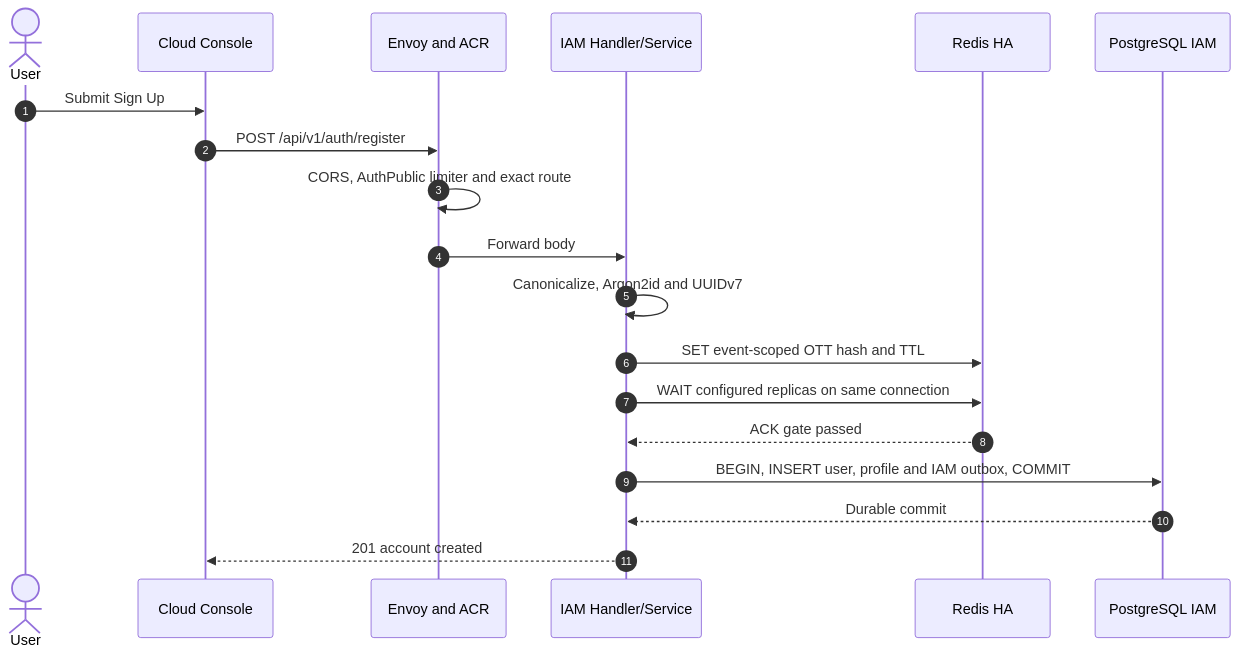
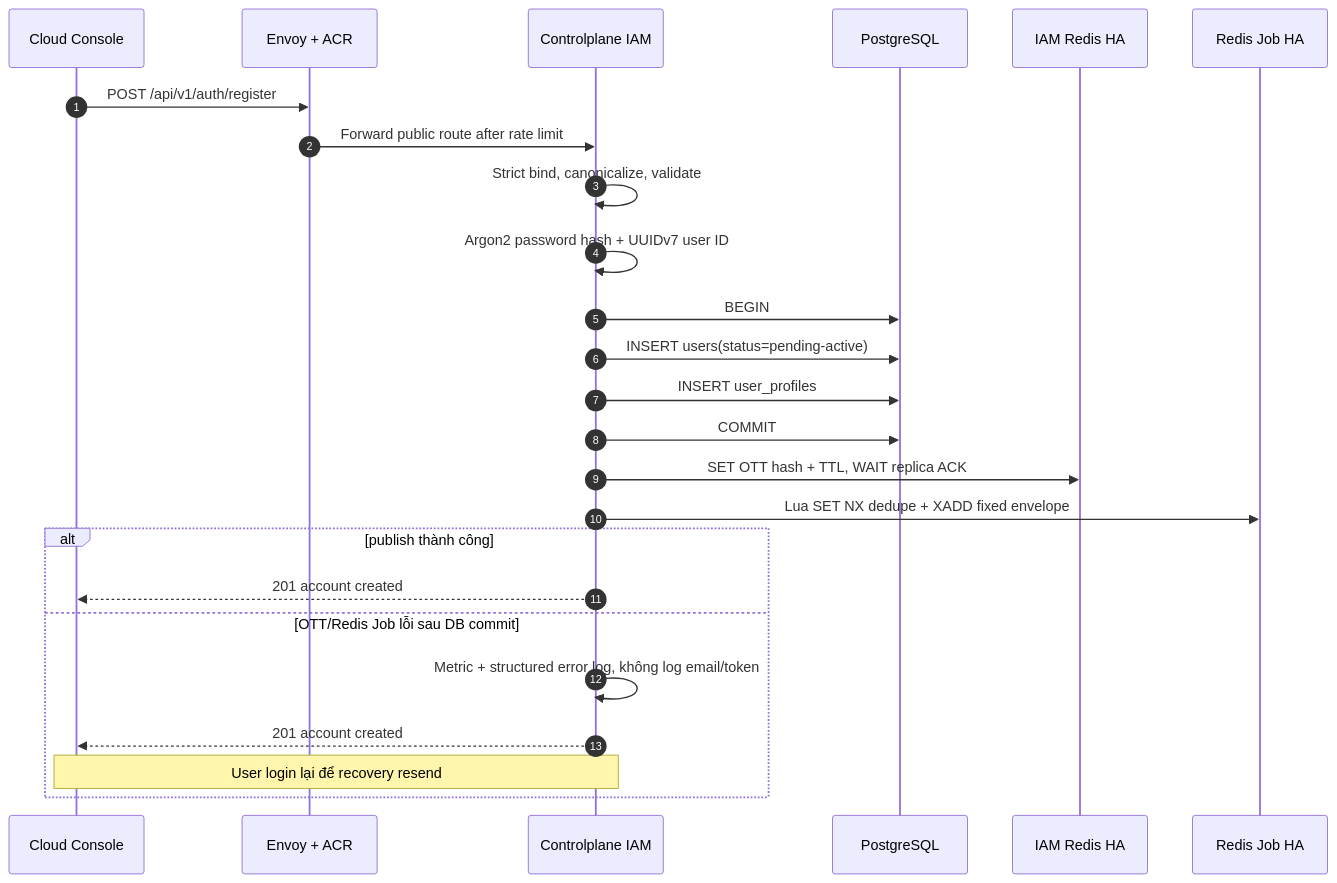
Before and after one commit to phucle996/aurora: the first of 3 diagrams in god_view/iam/user_registration_god_view_workflow.md, drawn with Mermaid. The commit also changed other lines of this file and 66 other files, not shown here.

Commit message:
refactor: replace routing scope with zone id in mail outbox and remove legacy outbox implementation and mail job proto dependencies

````diff
--- a/god_view/iam/user_registration_god_view_workflow.md
+++ b/god_view/iam/user_registration_god_view_workflow.md
@@ -176,22 +97,28 @@
 ```mermaid
 sequenceDiagram
     autonumber
-    actor User
     participant UI as Cloud Console
-    participant Edge as Envoy and ACR
-    participant IAM as IAM Handler/Service
-    participant Redis as Redis HA
-    participant DB as PostgreSQL IAM
+    participant Edge as Envoy + ACR
+    participant IAM as Controlplane IAM
+    participant DB as PostgreSQL
+    participant R as IAM Redis HA
+    participant RJ as Redis Job HA
 
-    User->>UI: Submit Sign Up
     UI->>Edge: POST /api/v1/auth/register
-    Edge->>Edge: CORS, AuthPublic limiter and exact route
-    Edge->>IAM: Forward body
-    IAM->>IAM: Canonicalize, Argon2id and UUIDv7
-    IAM->>Redis: SET event-scoped OTT hash and TTL
-    IAM->>Redis: WAIT configured replicas on same connection
-    Redis-->>IAM: ACK gate passed
-    IAM->>DB: BEGIN, INSERT user, profile and IAM outbox, COMMIT
-    DB-->>IAM: Durable commit
-    IAM-->>UI: 201 account created
+    Edge->>IAM: Forward public route after rate limit
+    IAM->>IAM: Strict bind, canonicalize, validate
+    IAM->>IAM: Argon2 password hash + UUIDv7 user ID
+    IAM->>DB: BEGIN
+    IAM->>DB: INSERT users(status=pending-active)
+    IAM->>DB: INSERT user_profiles
+    IAM->>DB: COMMIT
+    IAM->>R: SET OTT hash + TTL, WAIT replica ACK
+    IAM->>RJ: Lua SET NX dedupe + XADD fixed envelope
+    alt publish thành công
+        IAM-->>UI: 201 account created
+    else OTT/Redis Job lỗi sau DB commit
+        IAM->>IAM: Metric + structured error log, không log email/token
+        IAM-->>UI: 201 account created
+        Note over UI,IAM: User login lại để recovery resend
+    end
 ```
````
